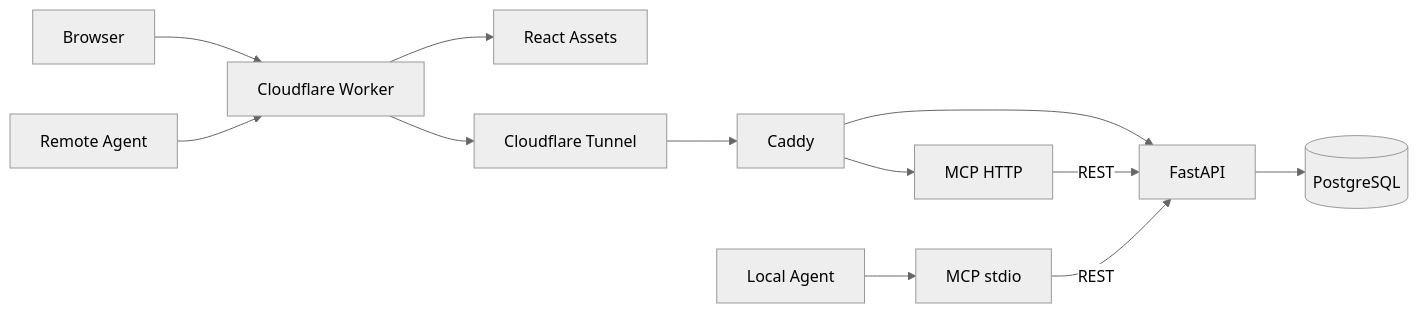
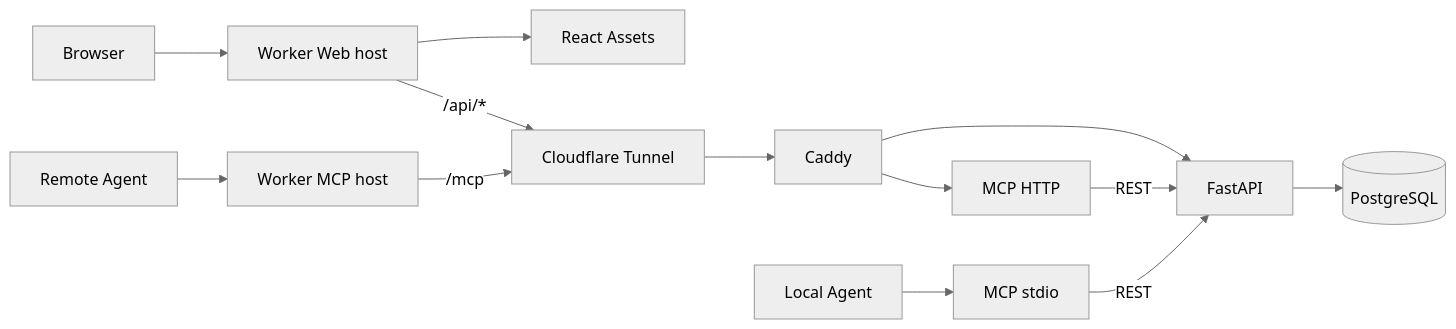
One commit to xswt442-cmd/tasklutein changed the diagram in docs/development/ARCHITECTURE.en.md. Above: the diagram before and after it, drawn with Mermaid (neutral theme). The commit also changed other lines of this file and 59 other files, not shown here.

````diff
--- a/docs/development/ARCHITECTURE.en.md
+++ b/docs/development/ARCHITECTURE.en.md
@@ -11,14 +11,15 @@
 ```mermaid
 flowchart LR
-    Browser[Browser] --> Worker[Cloudflare Worker]
-    Remote[Remote Agent] --> Worker
-    Worker --> Assets[React Assets]
-    Worker --> Tunnel[Cloudflare Tunnel]
+    Browser[Browser] --> WebHost[Worker Web host]
+    WebHost --> Assets[React Assets]
+    WebHost -->|/api/*| Tunnel[Cloudflare Tunnel]
+    Agent[Remote Agent] --> McpHost[Worker MCP host]
+    McpHost -->|/mcp| Tunnel
     Tunnel --> Caddy
     Caddy --> API[FastAPI]
     Caddy --> MCP[MCP HTTP]
     MCP -->|REST| API
     API --> DB[(PostgreSQL)]
     Local[Local Agent] --> Stdio[MCP stdio]
     Stdio -->|REST| API
 ```
````
